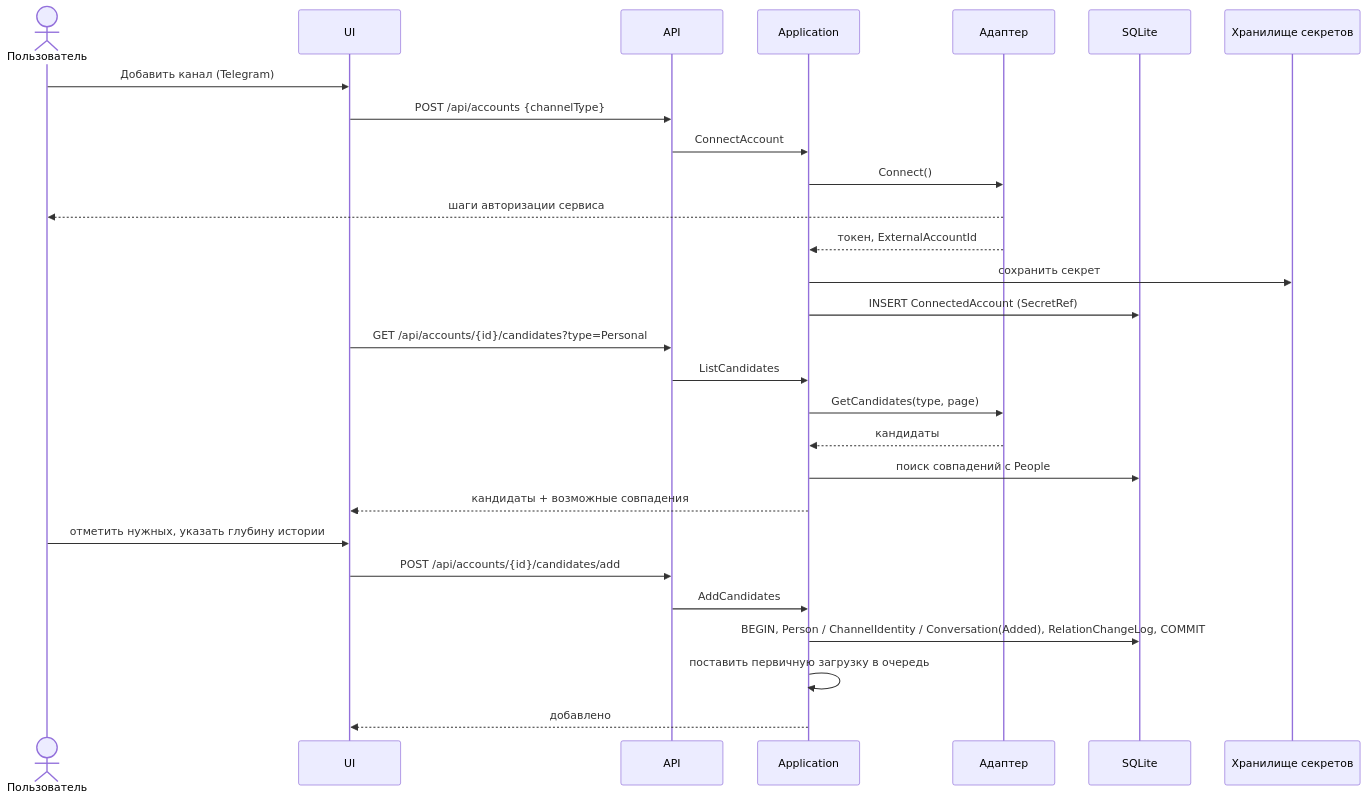
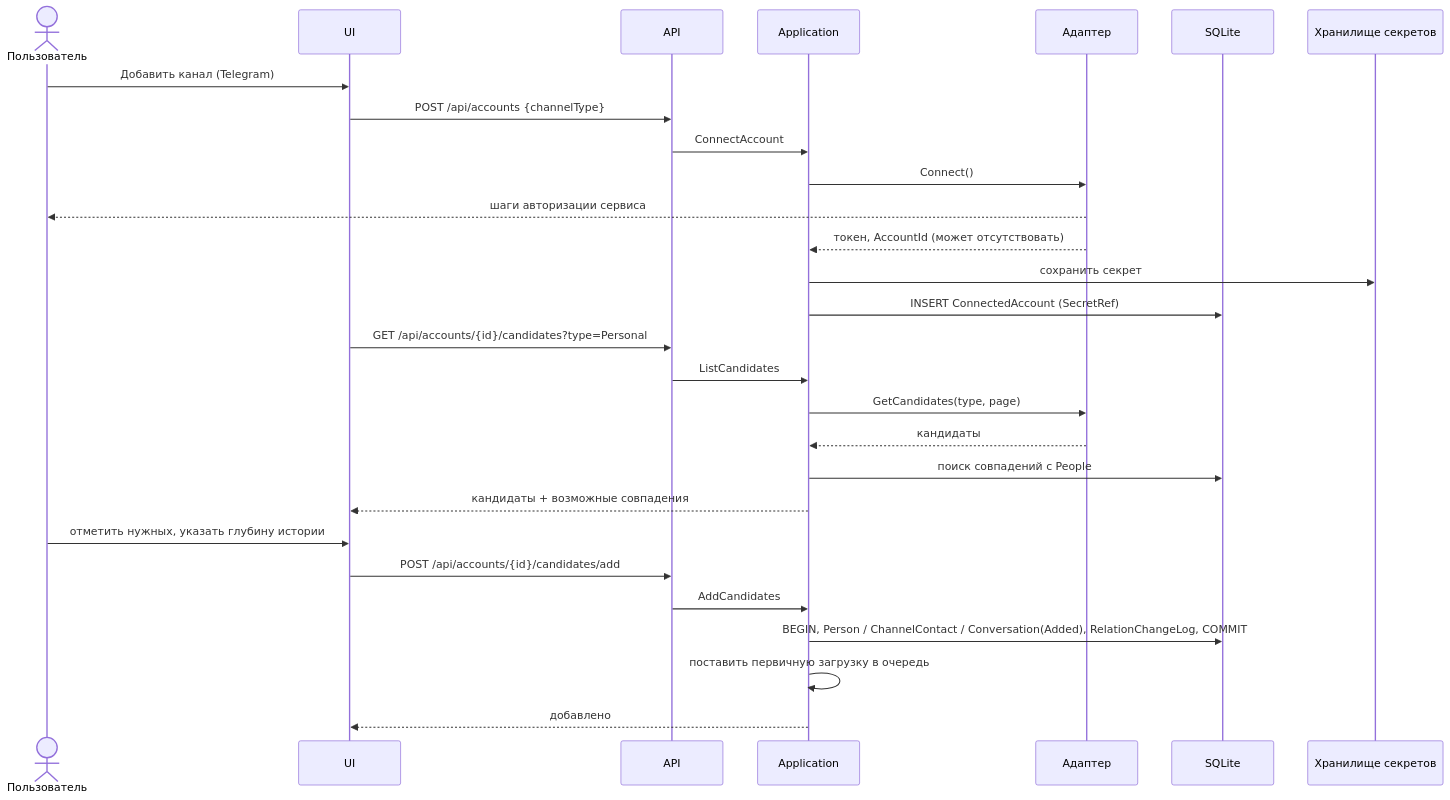
Before and after one commit to HRV220/MessageHub: the fifth of 9 diagrams in docs/TZ_Local_Messenger_Hub.md, drawn with Mermaid. The commit also changed other lines of this file and 11 other files, not shown here.

````diff
--- a/docs/TZ_Local_Messenger_Hub.md
+++ b/docs/TZ_Local_Messenger_Hub.md
@@ -877,31 +786,31 @@
 ```mermaid
 sequenceDiagram
     actor U as Пользователь
     participant UI
     participant API
     participant APP as Application
     participant AD as Адаптер
     participant DB as SQLite
     participant S as Хранилище секретов
 
     U->>UI: Добавить канал (Telegram)
     UI->>API: POST /api/accounts {channelType}
     API->>APP: ConnectAccount
     APP->>AD: Connect()
     AD-->>U: шаги авторизации сервиса
-    AD-->>APP: токен, ExternalAccountId
+    AD-->>APP: токен, AccountId (может отсутствовать)
     APP->>S: сохранить секрет
     APP->>DB: INSERT ConnectedAccount (SecretRef)
     UI->>API: GET /api/accounts/{id}/candidates?type=Personal
     API->>APP: ListCandidates
     APP->>AD: GetCandidates(type, page)
     AD-->>APP: кандидаты
     APP->>DB: поиск совпадений с People
     APP-->>UI: кандидаты + возможные совпадения
     U->>UI: отметить нужных, указать глубину истории
     UI->>API: POST /api/accounts/{id}/candidates/add
     API->>APP: AddCandidates
-    APP->>DB: BEGIN, Person / ChannelIdentity / Conversation(Added), RelationChangeLog, COMMIT
+    APP->>DB: BEGIN, Person / ChannelContact / Conversation(Added), RelationChangeLog, COMMIT
     APP->>APP: поставить первичную загрузку в очередь
     APP-->>UI: добавлено
 ```
````
